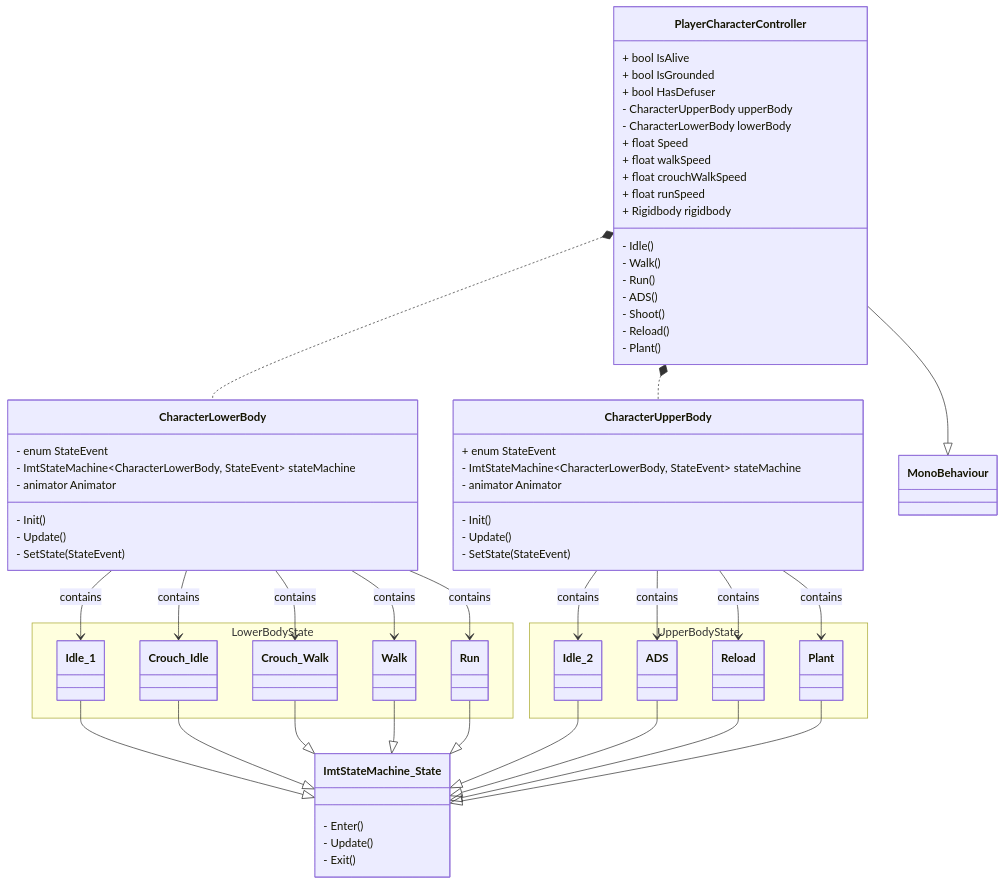
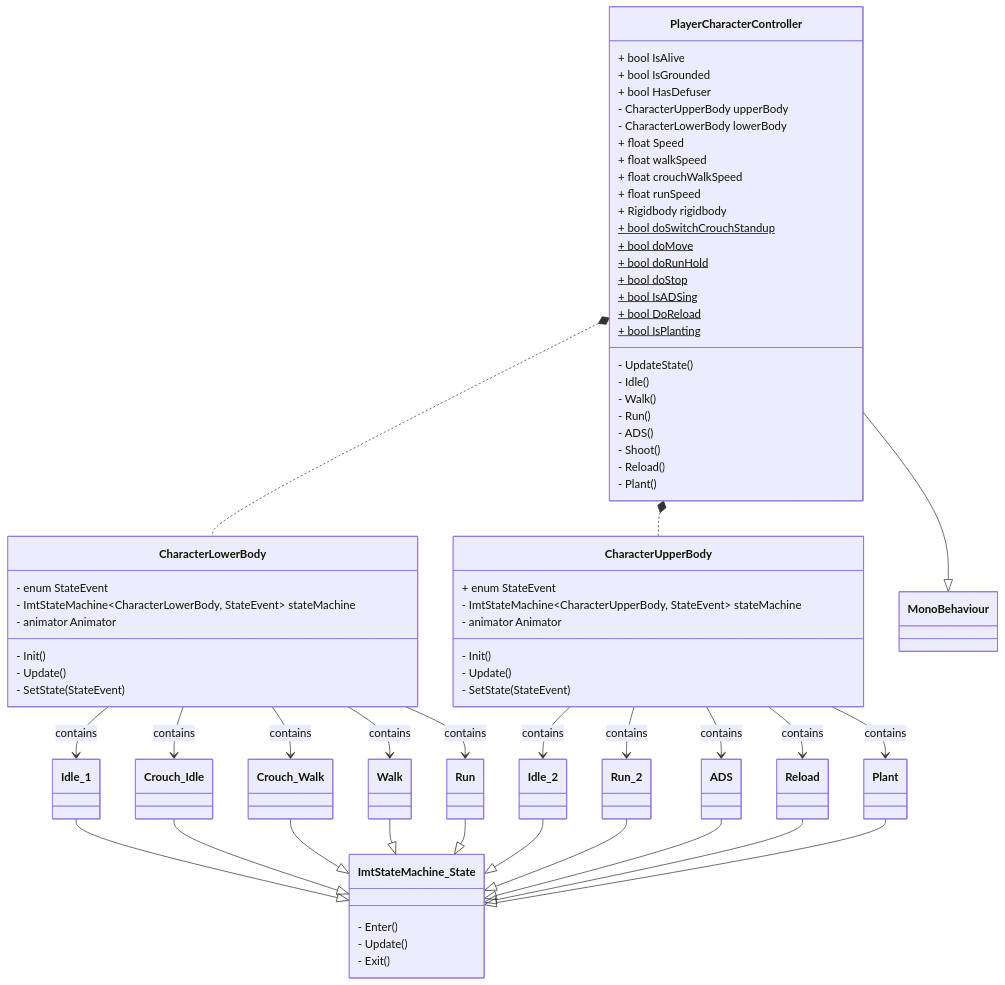
Before and after one commit to kedzkiest/FPS: the diagram in FPS/Docs/Player_Class.md, drawn with Mermaid.

Commit message:
状態の追加、タイポの修正

```diff
--- a/FPS/Docs/Player_Class.md
+++ b/FPS/Docs/Player_Class.md
@@ -18,6 +18,16 @@
         + float runSpeed
 
         + Rigidbody rigidbody
+
+        + bool doSwitchCrouchStandup$
+        + bool doMove$
+        + bool doRunHold$
+        + bool doStop$
+        + bool IsADSing$
+        + bool DoReload$
+        + bool IsPlanting$
+
+        - UpdateState()
 
         - Idle()
         - Walk()
@@ -40,14 +50,6 @@
         - SetState(StateEvent)
     }
 
-    namespace LowerBodyState{
-        class Idle_1
-        class Crouch_Idle
-        class Crouch_Walk
-        class Walk
-        class Run
-    }
-
     CharacterLowerBody --> Idle_1: contains
     CharacterLowerBody --> Crouch_Idle: contains
     CharacterLowerBody --> Crouch_Walk: contains
@@ -67,7 +69,7 @@
 
     class CharacterUpperBody{
         + enum StateEvent
-        - ImtStateMachine~CharacterLowerBody, StateEvent~ stateMachine
+        - ImtStateMachine~CharacterUpperBody, StateEvent~ stateMachine
 
         - animator Animator
 
@@ -77,19 +79,14 @@
         - SetState(StateEvent)
     }
 
-    namespace UpperBodyState{
-        class Idle_2
-        class ADS
-        class Reload
-        class Plant
-    }
-
     CharacterUpperBody --> Idle_2: contains
+    CharacterUpperBody --> Run_2: contains
     CharacterUpperBody --> ADS: contains
     CharacterUpperBody --> Reload: contains
     CharacterUpperBody --> Plant: contains
 
     Idle_2 --|> ImtStateMachine_State
+    Run_2 --|> ImtStateMachine_State
     ADS --|> ImtStateMachine_State
     Reload --|> ImtStateMachine_State
     Plant --|> ImtStateMachine_State
```
